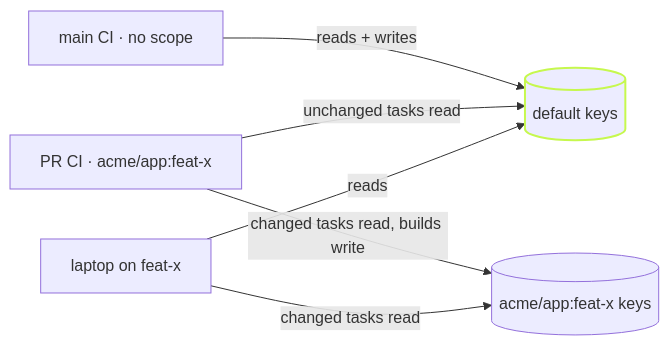
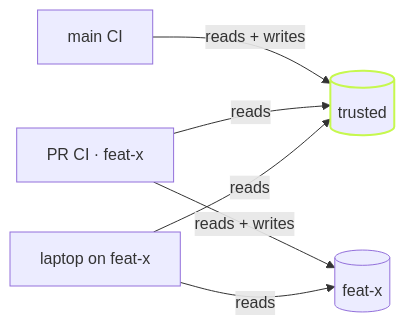
Before and after one commit to vznjs/vx: the diagram in packages/vx-docs/src/content/docs/blog/the-cache-on-your-terms.md, drawn with Mermaid. The commit also changed other lines of this file and 65 other files, not shown here.

First line of the commit message:
feat(vx-migrate)!: scope Turbo cache reads by ref, keys stay plain

````diff
--- a/packages/vx-docs/src/content/docs/blog/the-cache-on-your-terms.md
+++ b/packages/vx-docs/src/content/docs/blog/the-cache-on-your-terms.md
@@ -89,9 +89,9 @@
 ```mermaid
 flowchart LR
-  M[main CI · no scope] -->|reads + writes| T[(default keys)]
-  P[PR CI · acme/app:feat-x] -->|unchanged tasks read| T
-  P -->|changed tasks read, builds write| S[(acme/app:feat-x keys)]
-  L[laptop on feat-x] -->|reads| T
-  L -->|changed tasks read| S
+  M[main CI] -->|reads + writes| T[(trusted)]
+  P[PR CI · feat-x] -->|reads| T
+  P -->|reads + writes| S[(feat-x)]
+  L[laptop on feat-x] -->|reads| S
+  L -->|reads| T
   style T stroke:#c6f84e,stroke-width:2px
 ```
````
